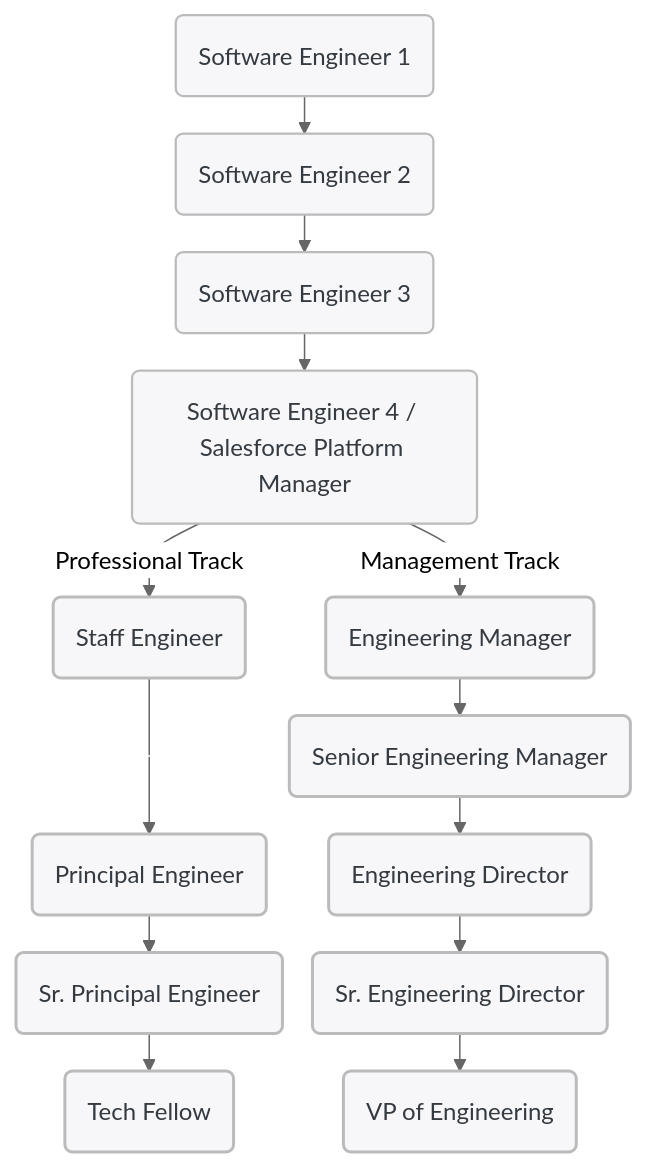
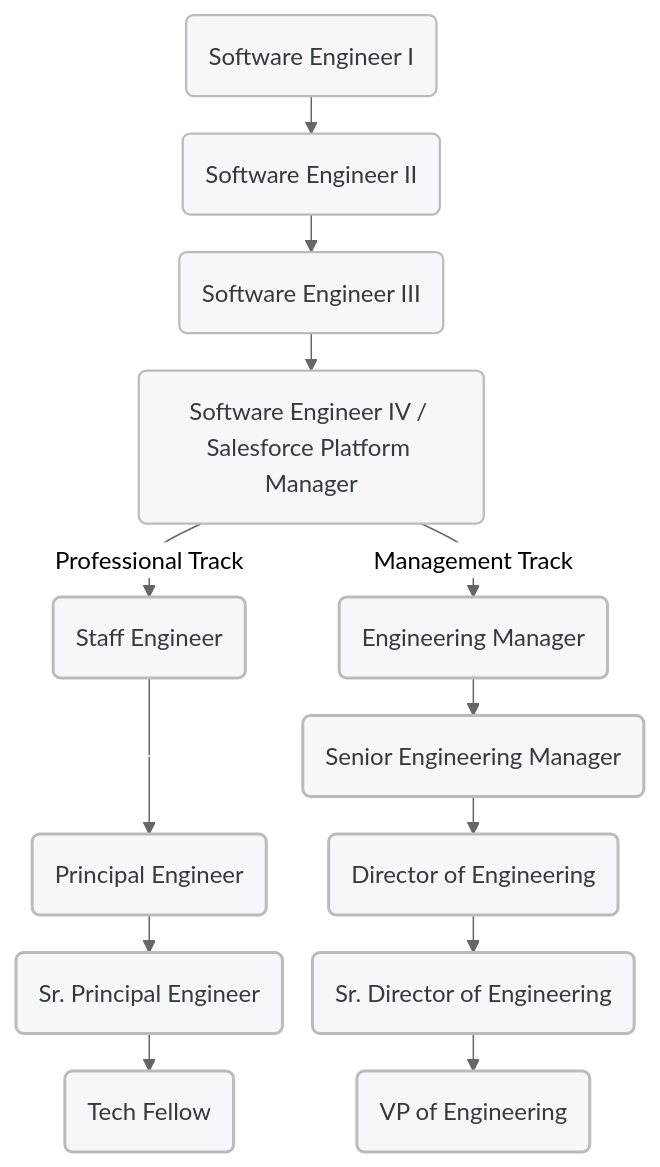
Before and after one commit to invitation-homes/career-progression-framework: the diagram in index.md, drawn with Mermaid. The commit also changed other lines of this file, not shown here.

```diff
--- a/index.md
+++ b/index.md
@@ -23,71 +23,71 @@
 <div class="mermaid" style="text-align: center;">
 ---
 config:
   theme: neutral
   flowchart:
     curve: monotoneY
     nodeSpacing: 20
     rankSpacing: 25
   layout: fixed
 ---
 flowchart TD
-    SE1["Software Engineer 1"] --> SE2["Software Engineer 2"]
-    SE2 --> SE3["Software Engineer 3"]
-    SE3 --> SE4["Software Engineer 4 / Salesforce Platform Manager"]
+    SE1["Software Engineer I"] --> SE2["Software Engineer II"]
+    SE2 --> SE3["Software Engineer III"]
+    SE3 --> SE4["Software Engineer IV / Salesforce Platform Manager"]
     SE4 -- Professional Track --> Staff["Staff Engineer"]
     SE4 -- Management Track --> EM["Engineering Manager"]
     Staff --- Dummy[ ]
     Dummy --> Principal["Principal Engineer"]
     Principal --> SrPrincipal["Sr. Principal Engineer"]
     SrPrincipal --> TF["Tech Fellow"]
     EM --> SEM["Senior Engineering Manager"]
-    SEM --> ED["Engineering Director"]
-    ED --> SED["Sr. Engineering Director"]
+    SEM --> ED["Director of Engineering"]
+    ED --> SED["Sr. Director of Engineering"]
     SED --> VP["VP of Engineering"]
     SE1@{ shape: rounded}
     SE2@{ shape: rounded}
     SE3@{ shape: rounded}
     SE4@{ shape: rounded}
     Staff@{ shape: rounded}
     EM@{ shape: rounded}
     SEM@{ shape: rounded}
     Principal@{ shape: rounded}
     SrPrincipal@{ shape: rounded}
     TF@{ shape: rounded}
     ED@{ shape: rounded}
     SED@{ shape: rounded}
     VP@{ shape: rounded}
      SE1:::normNode
      SE2:::normNode
      SE3:::normNode
      SE4:::normNode
      Staff:::eng
      EM:::mgr
      SEM:::mgr
      Principal:::eng
      SrPrincipal:::exec
      TF:::exec
      ED:::mgr
      SED:::exec
      VP:::exec
      Dummy:::dummy
     classDef eng fill:#f7f7fa,stroke:#bbb,stroke-width:2px,color:#343a40
     classDef mgr fill:#f7f7fa,stroke:#bbb,stroke-width:2px,color:#343a40
     classDef exec fill:#f7f7fa,stroke:#bbb,stroke-width:2px,color:#343a40
     classDef normNode fill:#f7f7fa,stroke:#bbb,stroke-width:1.5px,color:#343a40
     classDef dummy style X width:1px,height:1px,fill:transparent,stroke:transparent 
     click SE1 "./software-engineer-i" _blank
     click SE2 "./software-engineer-ii" _blank
     click SE3 "./software-engineer-iii" _blank
     click SE4 "./software-engineer-iv" _blank
     click Staff "./staff-engineer" _blank
     click Principal "./principal-engineer" _blank
     click SrPrincipal "./sr-principal-engineer" _blank
     click TF "./tech-fellow" _blank
     click EM "./engineering-manager" _blank
     click SEM "./sr-engineering-manager" _blank
     click ED "./director-of-engineering" _blank
     click SED "./sr-director-of-engineering" _blank
     click VP "./vp-of-engineering" _blank
 
 </div>
```
